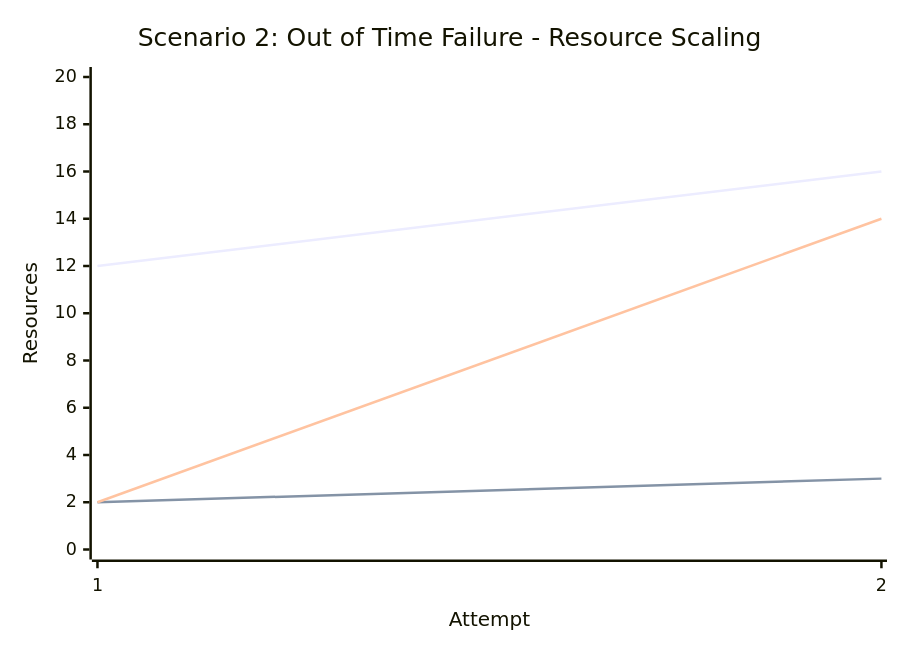
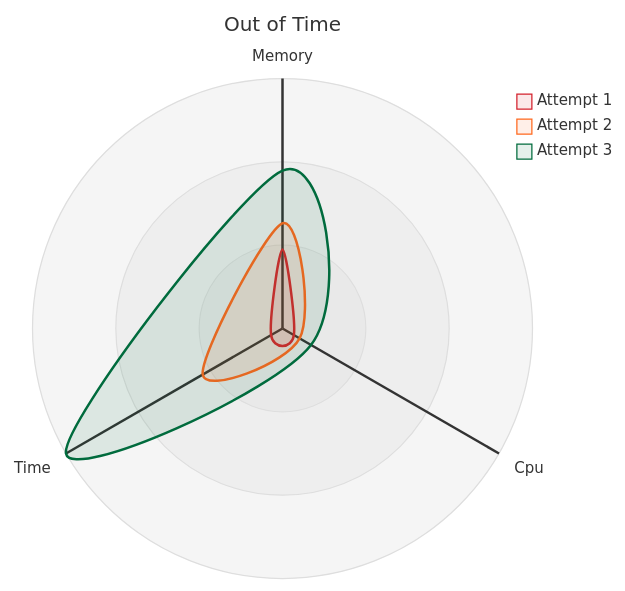
Before and after one commit to nf-core/configs: the second of 3 diagrams in docs/iris.md, drawn with Mermaid. The commit also changed other lines of this file, not shown here.

````diff
--- a/docs/iris.md
+++ b/docs/iris.md
@@ -191,9 +216,22 @@
 ```mermaid
-xychart-beta
-    title "Scenario 2: Out of Time Failure - Resource Scaling"
-    x-axis "Attempt" [1, 2]
-    y-axis "Resources" 0 --> 20
-    line "Memory (GB)" [12, 16]
-    line "CPUs" [2, 3]
-    line "Time (hours)" [2, 14]
+---
+config:
+    radar:
+        width: 400
+        height: 400
+    themeVariables:
+        cScale0: "#D3212C"
+        cScale1: "#FF681E"
+        cScale2: "#006B3D"
+        radar:
+            curveOpacity: .10
+            curveStrokeWidth: 2
+---
+radar-beta
+  title Out of Time
+  axis m["Memory"], s["Cpu"], e["Time"]
+  curve a["Attempt 1"]{12,2, 2}
+  curve b["Attempt 2"]{16,3, 14}
+  curve c["Attempt 3"]{24,5, 38}
+  ticks 3
 ```
````
